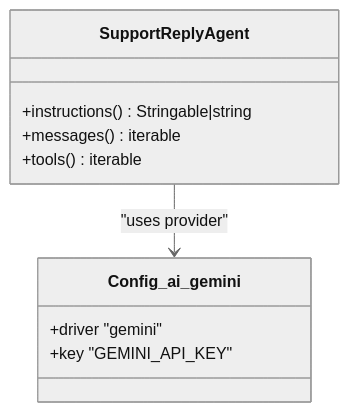
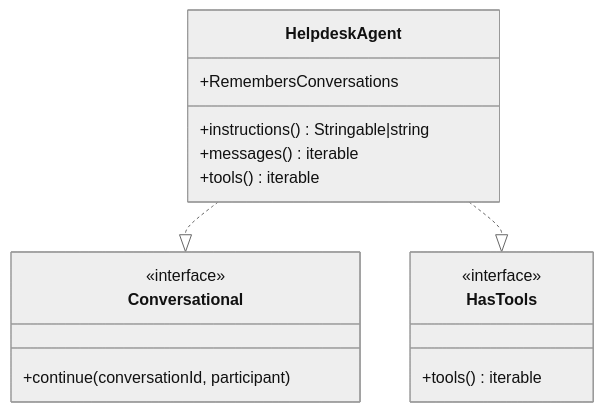
Before and after one commit to younesgamer68/helpdesk-system: the third of 8 diagrams in .qoder/repowiki/en/content/AI Integration/AI Integration.md, drawn with Mermaid (neutral theme). The commit also changed other lines of this file and 210 other files, not shown here.

````diff
--- a/.qoder/repowiki/en/content/AI Integration/AI Integration.md
+++ b/.qoder/repowiki/en/content/AI Integration/AI Integration.md
@@ -144,13 +152,19 @@
 ```mermaid
 classDiagram
-class SupportReplyAgent {
+class HelpdeskAgent {
 +instructions() Stringable|string
 +messages() iterable
 +tools() iterable
++RemembersConversations
 }
-class Config_ai_gemini {
-+driver "gemini"
-+key "GEMINI_API_KEY"
+class Conversational {
+<<interface>>
++continue(conversationId, participant)
 }
-SupportReplyAgent --> Config_ai_gemini : "uses provider"
+class HasTools {
+<<interface>>
++tools() iterable
+}
+HelpdeskAgent ..|> Conversational
+HelpdeskAgent ..|> HasTools
 ```
````
